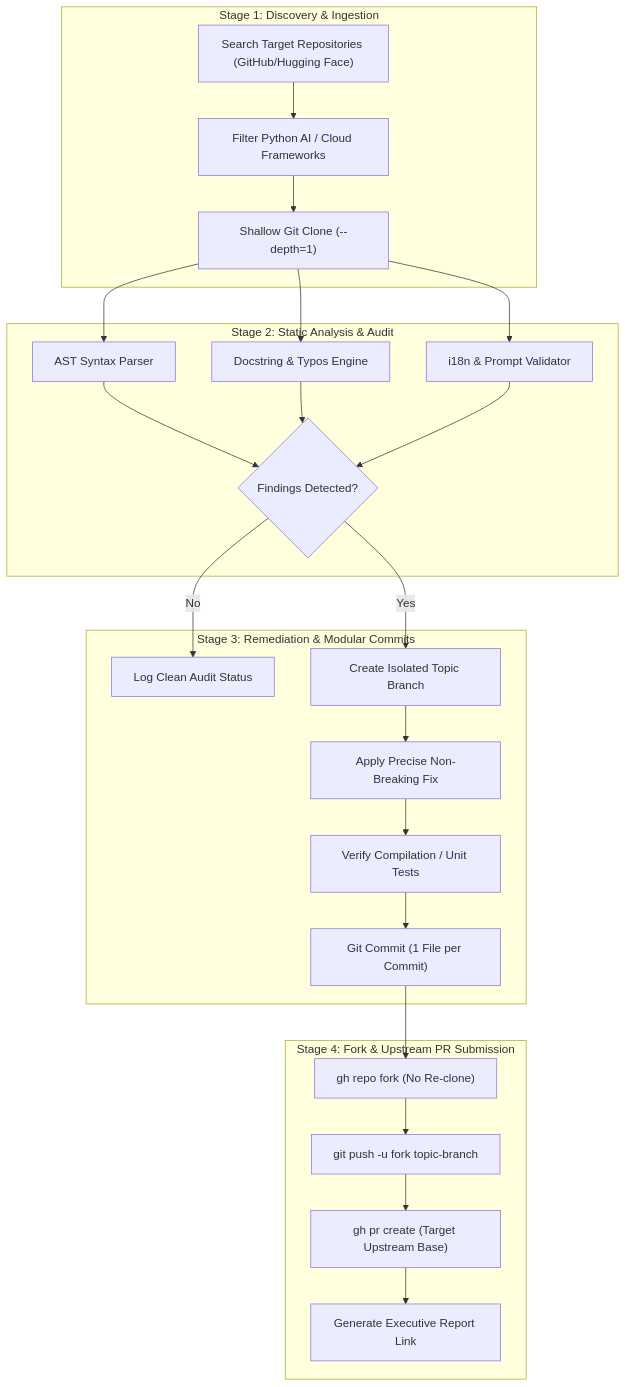
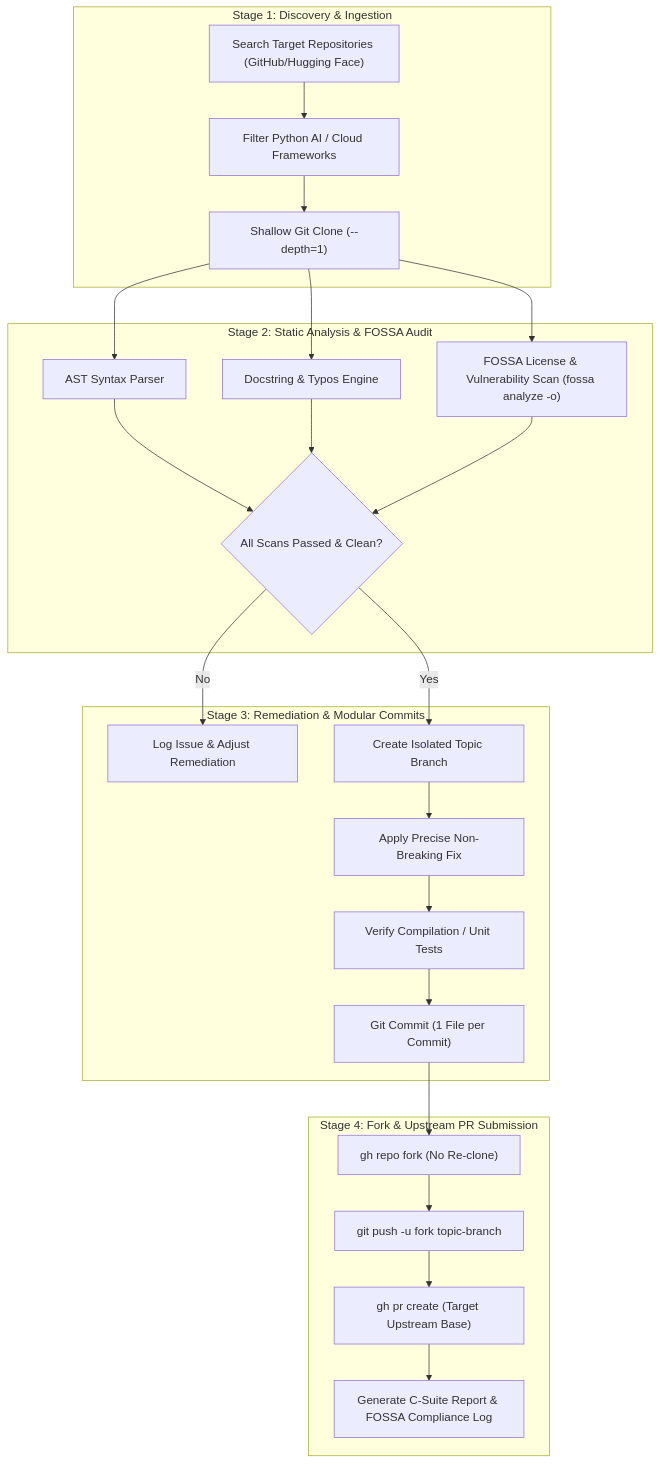
Before and after one commit to samuelQUANSAH/daily-open-source-contributions: the second of 2 diagrams in README.md, drawn with Mermaid. The commit also changed other lines of this file, not shown here.

Commit message:
docs: update README with FOSSA scan metrics, license compliance, and DFD engine flows

````diff
--- a/README.md
+++ b/README.md
@@ -85,29 +102,29 @@
 ```mermaid
 flowchart TB
     subgraph STAGE1 ["Stage 1: Discovery & Ingestion"]
         A1["Search Target Repositories (GitHub/Hugging Face)"] --> A2["Filter Python AI / Cloud Frameworks"]
         A2 --> A3["Shallow Git Clone (--depth=1)"]
     end
 
-    subgraph STAGE2 ["Stage 2: Static Analysis & Audit"]
+    subgraph STAGE2 ["Stage 2: Static Analysis & FOSSA Audit"]
         A3 --> B1["AST Syntax Parser"]
         A3 --> B2["Docstring & Typos Engine"]
-        A3 --> B3["i18n & Prompt Validator"]
-        B1 & B2 & B3 --> B4{"Findings Detected?"}
+        A3 --> B3["FOSSA License & Vulnerability Scan (fossa analyze -o)"]
+        B1 & B2 & B3 --> B4{"All Scans Passed & Clean?"}
     end
 
     subgraph STAGE3 ["Stage 3: Remediation & Modular Commits"]
-        B4 -- No --> B5["Log Clean Audit Status"]
+        B4 -- No --> B5["Log Issue & Adjust Remediation"]
         B4 -- Yes --> C1["Create Isolated Topic Branch"]
         C1 --> C2["Apply Precise Non-Breaking Fix"]
         C2 --> C3["Verify Compilation / Unit Tests"]
         C3 --> C4["Git Commit (1 File per Commit)"]
     end
 
     subgraph STAGE4 ["Stage 4: Fork & Upstream PR Submission"]
         C4 --> D1["gh repo fork (No Re-clone)"]
         D1 --> D2["git push -u fork topic-branch"]
         D2 --> D3["gh pr create (Target Upstream Base)"]
-        D3 --> D4["Generate Executive Report Link"]
+        D3 --> D4["Generate C-Suite Report & FOSSA Compliance Log"]
     end
 ```
````
